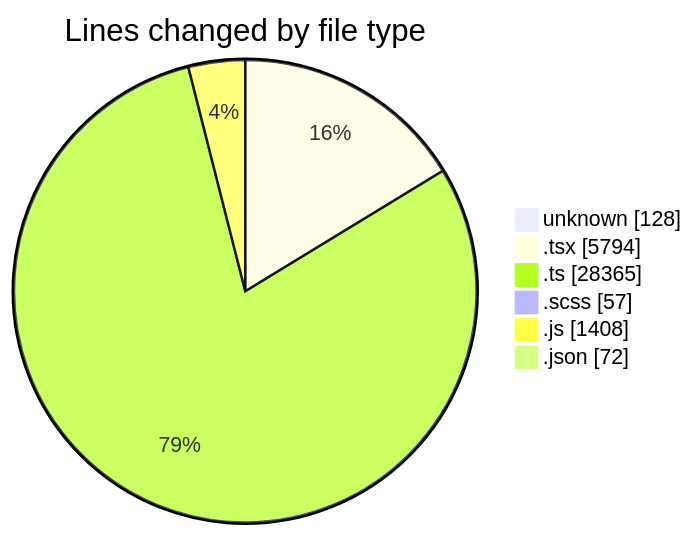
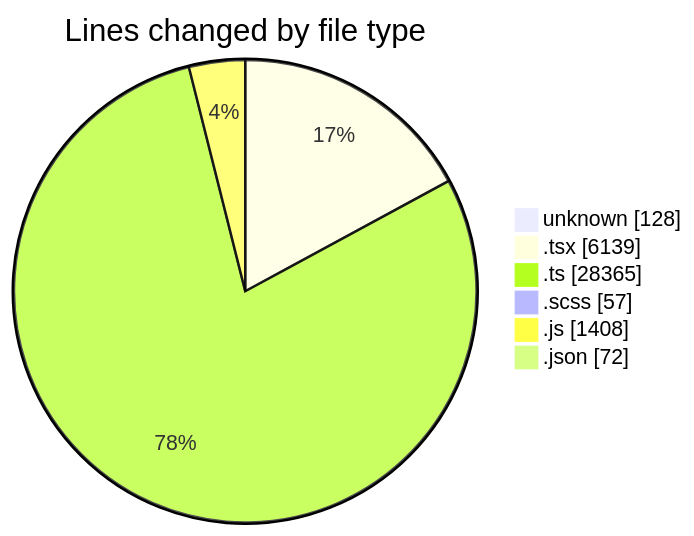
Before and after one commit to momahboobian/code-tracking: the first of 2 diagrams in 2026-09-23/cda/README.md, drawn with Mermaid. The commit also changed other lines of this file and 1 other file, not shown here.

````diff
--- a/2026-09-23/cda/README.md
+++ b/2026-09-23/cda/README.md
@@ -60,10 +60,10 @@
 ```mermaid
 pie showData
 title Lines changed by file type
 "unknown" : 128
-".tsx" : 5794
+".tsx" : 6139
 ".ts" : 28365
 ".scss" : 57
 ".js" : 1408
 ".json" : 72
 ```
````
